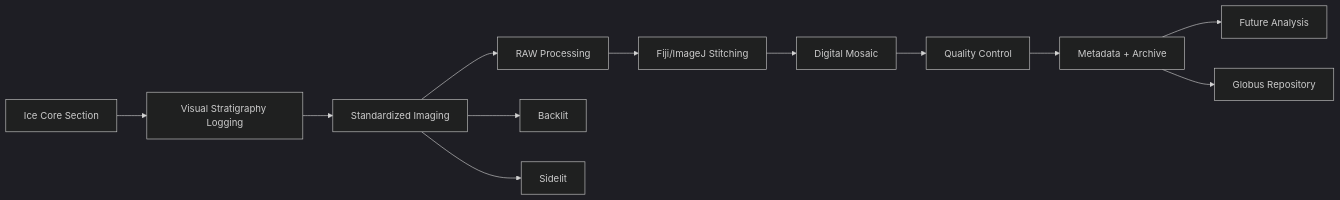
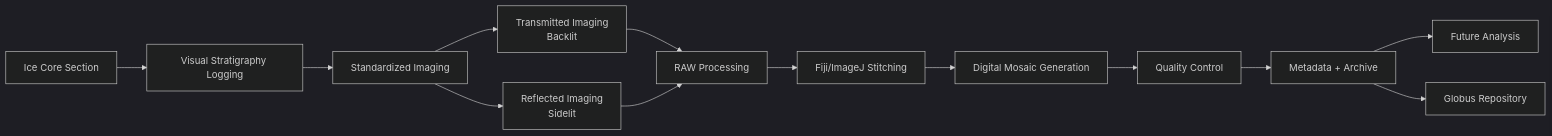
Before and after one commit to HoehneG1/Ice-Core-Imaging-Workflow: the diagram in README.md, drawn with Mermaid (dark theme). The commit also changed other lines of this file, not shown here.

````diff
--- a/README.md
+++ b/README.md
@@ -89,18 +31,21 @@
 ```mermaid
 flowchart LR
 
 A[Ice Core Section]
 --> B[Visual Stratigraphy Logging]
 --> C[Standardized Imaging]
---> D[RAW Processing]
---> E[Fiji/ImageJ Stitching]
---> F[Digital Mosaic]
+
+C --> C1[Transmitted Imaging<br/>Backlit]
+C --> C2[Reflected Imaging<br/>Sidelit]
+
+C1 --> D[RAW Processing]
+C2 --> D[RAW Processing]
+
+D --> E[Fiji/ImageJ Stitching]
+--> F[Digital Mosaic Generation]
 --> G[Quality Control]
 --> H[Metadata + Archive]
 --> I[Future Analysis]
 
-C --> C1[Backlit]
-C --> C2[Sidelit]
-
 H --> H1[Globus Repository]
 ```
````
